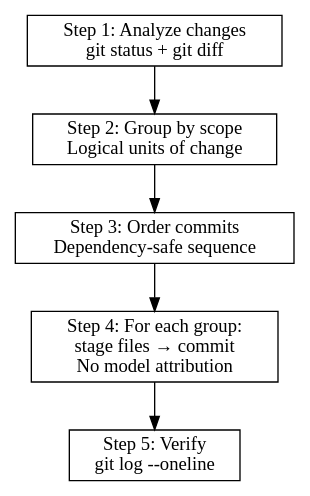
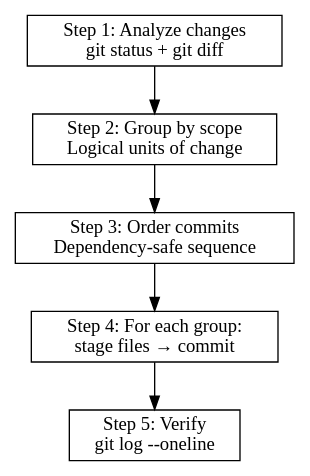
One commit to mquesada02/agent-config changed the diagram in skills/smart-commits/SKILL.md. Above: the diagram before and after it, drawn with Graphviz. The commit also changed other lines of this file, not shown here.

First line of the commit message:
fix(smart-commits): state attribution rule once (#79)

````diff
--- a/skills/smart-commits/SKILL.md
+++ b/skills/smart-commits/SKILL.md
@@ -27,17 +25,17 @@
 ```dot
 digraph smart_commits {
     rankdir=TB;
     node [shape=box];
 
     analyze [label="Step 1: Analyze changes\ngit status + git diff"];
     group [label="Step 2: Group by scope\nLogical units of change"];
     order [label="Step 3: Order commits\nDependency-safe sequence"];
-    commit [label="Step 4: For each group:\nstage files → commit\nNo model attribution"];
+    commit [label="Step 4: For each group:\nstage files → commit"];
     verify [label="Step 5: Verify\ngit log --oneline"];
 
     analyze -> group;
     group -> order;
     order -> commit;
     commit -> verify;
 }
 ```
````
